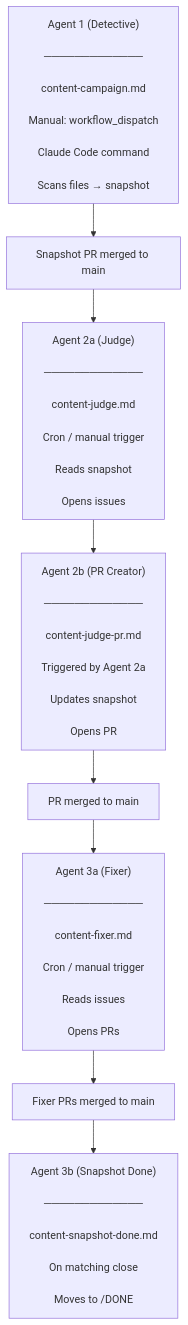
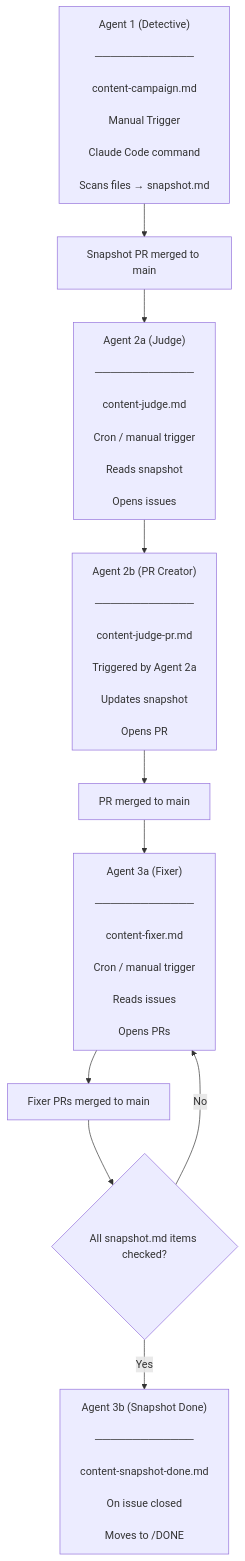
Before and after one commit to SSWConsulting/SSW.Rules.Content: the diagram in .github/ContentHawk/README.md, drawn with Mermaid.

Commit message:
Added fork for content check

````diff
--- a/.github/ContentHawk/README.md
+++ b/.github/ContentHawk/README.md
@@ -7,44 +7,48 @@
 ```mermaid
 flowchart TD
     A["Agent 1 (Detective)<br/>
     ─────────────<br/>
     content-campaign.md<br/>
-    Manual: workflow_dispatch<br/>
+    Manual Trigger<br/>
     Claude Code command<br/>
-    Scans files → snapshot"]
+    Scans files → snapshot.md"]
 
     B["Snapshot PR merged to main"]
 
     C["Agent 2a (Judge)<br/>
     ─────────────<br/>
     content-judge.md<br/>
     Cron / manual trigger<br/>
     Reads snapshot<br/>
     Opens issues"]
 
     D["Agent 2b (PR Creator)<br/>
     ─────────────<br/>
     content-judge-pr.md<br/>
     Triggered by Agent 2a<br/>
     Updates snapshot<br/>
     Opens PR"]
 
     E["PR merged to main"]
 
     F["Agent 3a (Fixer)<br/>
     ─────────────<br/>
     content-fixer.md<br/>
     Cron / manual trigger<br/>
     Reads issues<br/>
     Opens PRs"]
 
     G["Fixer PRs merged to main"]
 
+    I{"All snapshot.md items checked?"}
+
     H["Agent 3b (Snapshot Done)<br/>
     ─────────────<br/>
     content-snapshot-done.md<br/>
-    On matching close<br/>
+    On issue closed<br/>
     Moves to /DONE"]
 
-    A --> B --> C --> D --> E --> F --> G --> H
+    A --> B --> C --> D --> E --> F --> G --> I
+    I -- Yes --> H
+    I -- No --> F
 ```
````
